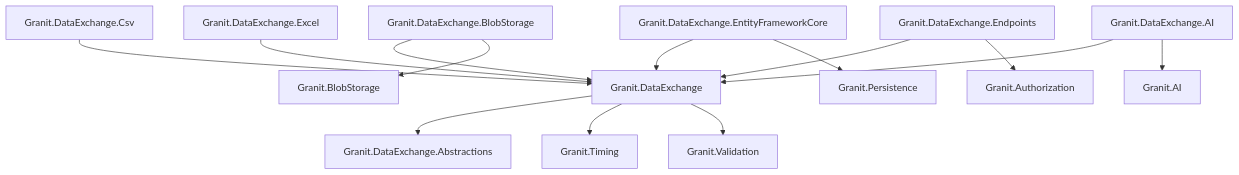
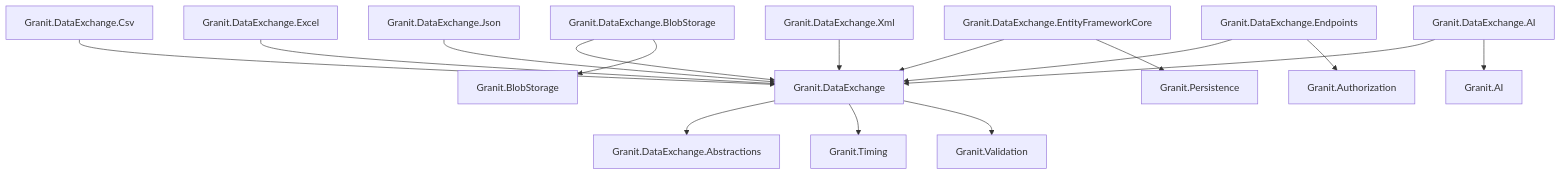
Before and after one commit to granit-fx/granit-docs: the first of 4 diagrams in src/content/docs/dotnet/building-blocks/data-exchange.mdx, drawn with Mermaid. The commit also changed other lines of this file and 24 other files, not shown here.

````diff
--- a/src/content/docs/dotnet/building-blocks/data-exchange.mdx
+++ b/src/content/docs/dotnet/building-blocks/data-exchange.mdx
@@ -45,17 +49,19 @@
 ```mermaid
 graph TD
     DXA[Granit.DataExchange.Abstractions]
     DX[Granit.DataExchange] --> DXA
     DX --> T[Granit.Timing]
     DX --> V[Granit.Validation]
     BS[Granit.DataExchange.BlobStorage] --> DX
     BS --> B[Granit.BlobStorage]
     CSV[Granit.DataExchange.Csv] --> DX
     XLS[Granit.DataExchange.Excel] --> DX
+    JSON[Granit.DataExchange.Json] --> DX
+    XML[Granit.DataExchange.Xml] --> DX
     EF[Granit.DataExchange.EntityFrameworkCore] --> DX
     EF --> P[Granit.Persistence]
     EP[Granit.DataExchange.Endpoints] --> DX
     EP --> A[Granit.Authorization]
     AI[Granit.DataExchange.AI] --> DX
     AI --> AIROOT[Granit.AI]
 ```
````
